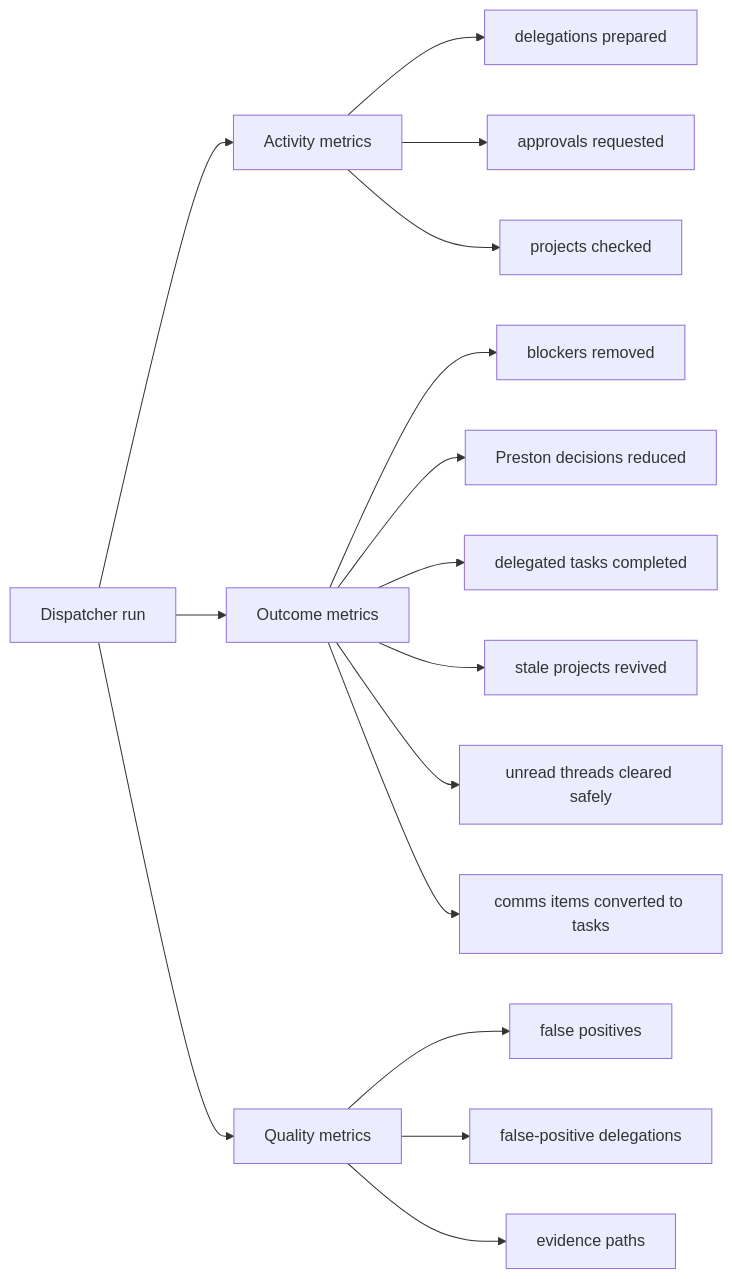
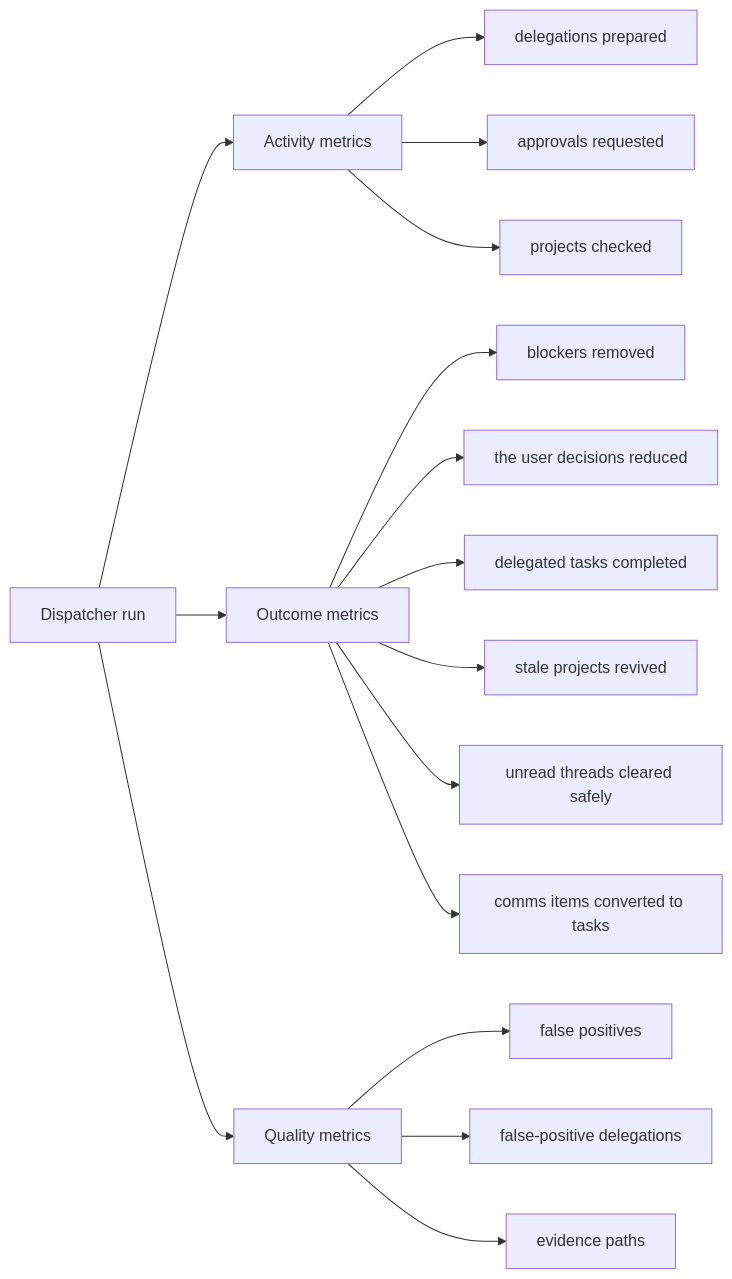
The sixth of 7 diagrams in docs/pm-systems/architecture.md (Splintered-Glass-Solutions/SGS_skills), drawn with Mermaid before and after one commit. The commit also changed other lines of this file and 162 other files, not shown here.

````diff
--- a/docs/pm-systems/architecture.md
+++ b/docs/pm-systems/architecture.md
@@ -171,21 +171,21 @@
 ```mermaid
 flowchart LR
   Run["Dispatcher run"] --> Activity["Activity metrics"]
   Run --> Outcomes["Outcome metrics"]
   Run --> Quality["Quality metrics"]
 
   Activity --> Prepared["delegations prepared"]
   Activity --> Approvals["approvals requested"]
   Activity --> Checks["projects checked"]
 
   Outcomes --> Removed["blockers removed"]
-  Outcomes --> Decisions["Preston decisions reduced"]
+  Outcomes --> Decisions["the user decisions reduced"]
   Outcomes --> Done["delegated tasks completed"]
   Outcomes --> Revived["stale projects revived"]
   Outcomes --> Unreads["unread threads cleared safely"]
   Outcomes --> CommsTasks["comms items converted to tasks"]
 
   Quality --> FalsePositives["false positives"]
   Quality --> FalseDelegations["false-positive delegations"]
   Quality --> Evidence["evidence paths"]
 ```
````
